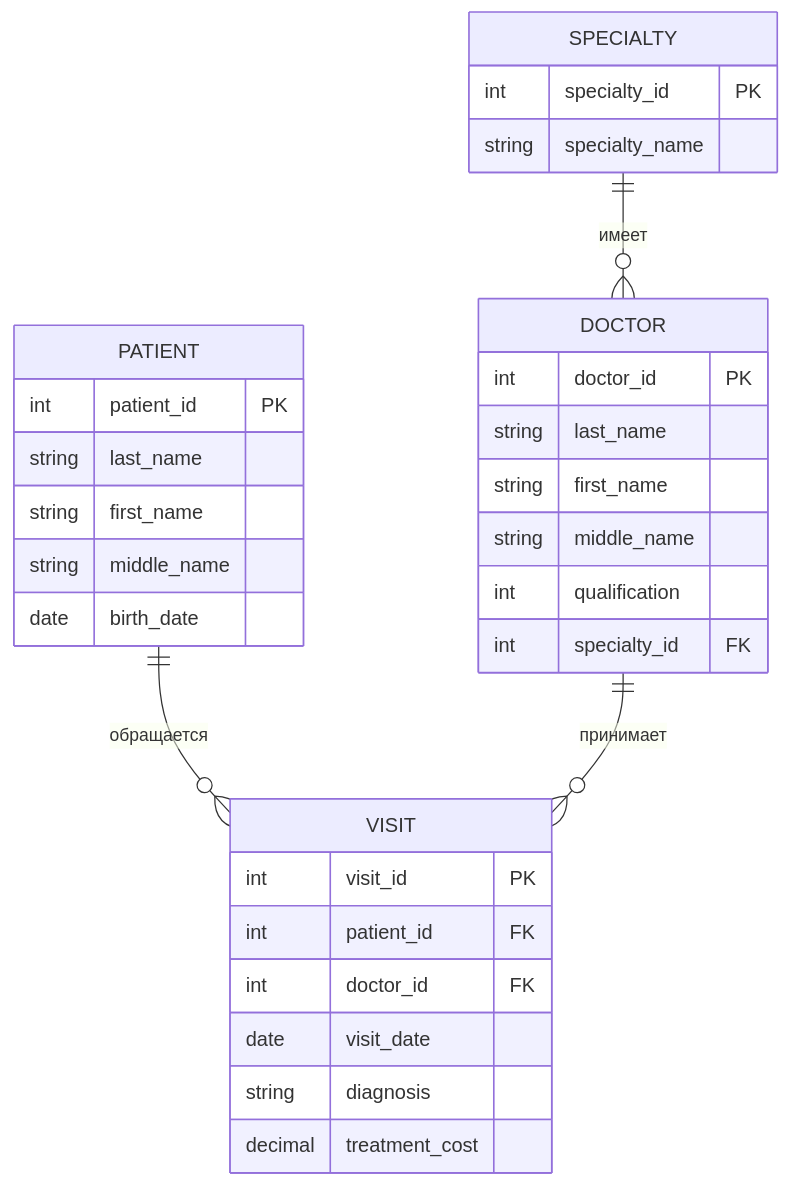
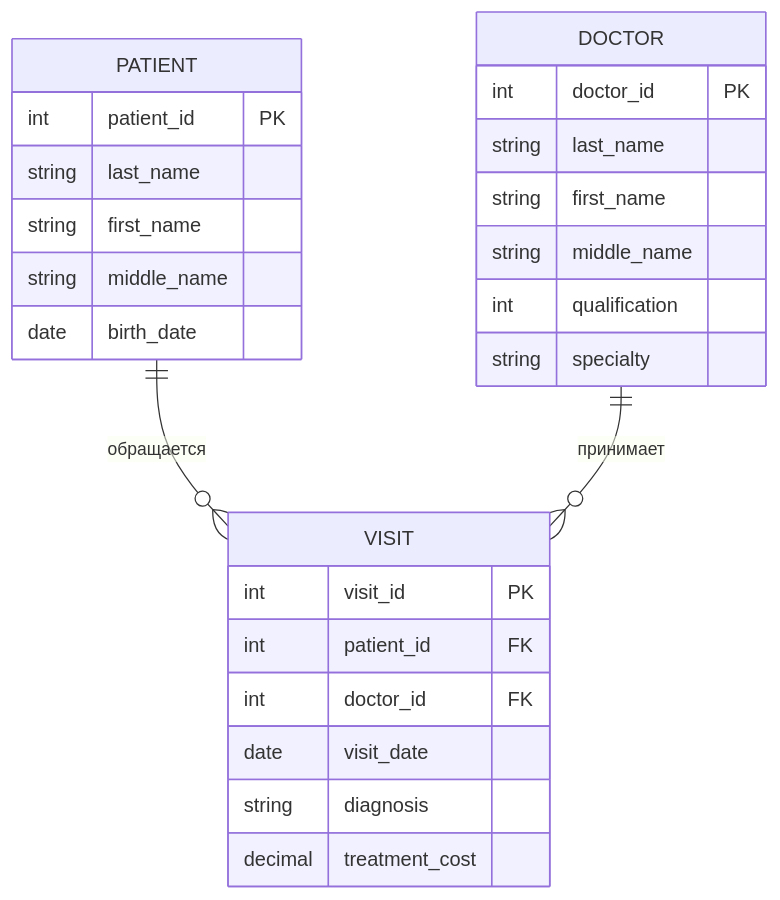
One commit to 0xEodum/OOP changed the first of 2 diagrams in README.md. Above: the diagram before and after it, drawn with Mermaid. The commit also changed other lines of this file and 23 other files, not shown here.

````diff
--- a/README.md
+++ b/README.md
@@ -3,37 +5,31 @@
 ```mermaid
 erDiagram
     PATIENT ||--o{ VISIT : "обращается"
     DOCTOR ||--o{ VISIT : "принимает"
-    SPECIALTY ||--o{ DOCTOR : "имеет"
 
     PATIENT {
         int patient_id PK
         string last_name
         string first_name
         string middle_name
         date birth_date
     }
 
     DOCTOR {
         int doctor_id PK
         string last_name
         string first_name
         string middle_name
         int qualification
-        int specialty_id FK
+        string specialty
     }
 
     VISIT {
         int visit_id PK
         int patient_id FK
         int doctor_id FK
         date visit_date
         string diagnosis
         decimal treatment_cost
     }
-
-    SPECIALTY {
-        int specialty_id PK
-        string specialty_name
-    }
 ```
````
